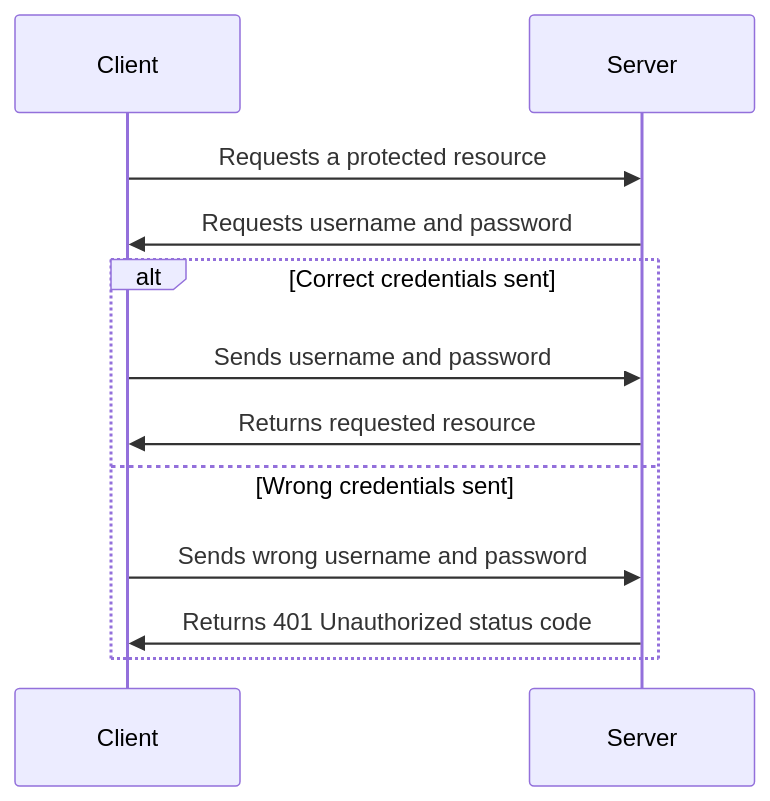
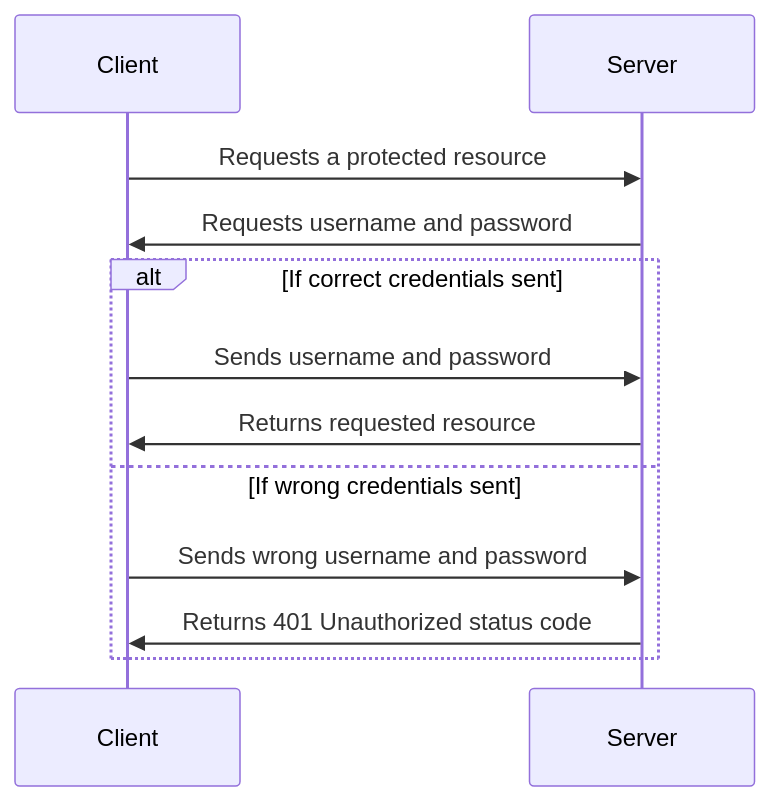
One commit to Kong/developer.konghq.com changed the diagram in app/insomnia/request-authentication.md. Above: the diagram before and after it, drawn with Mermaid. The commit also changed 10 other files, not shown here.

Commit message:
add 'if' to alt/opt in mermaid diagrams

```diff
--- a/app/insomnia/request-authentication.md
+++ b/app/insomnia/request-authentication.md
@@ -69,14 +69,14 @@
 {% mermaid %}
 sequenceDiagram
     participant Client
     participant Server
     Client->>Server: Requests a protected resource
     Server->>Client: Requests username and password
-    alt Correct credentials sent
+    alt If correct credentials sent
         Client->>Server: Sends username and password
         Server->>Client: Returns requested resource
-    else Wrong credentials sent
+    else If wrong credentials sent
         Client->>Server: Sends wrong username and password
         Server->>Client: Returns 401 Unauthorized status code
     end
 {% endmermaid %}
```
